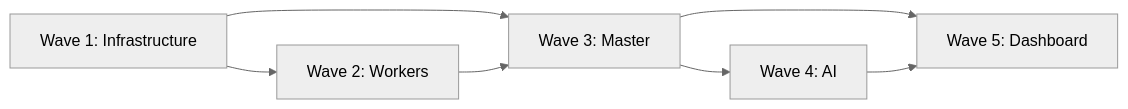
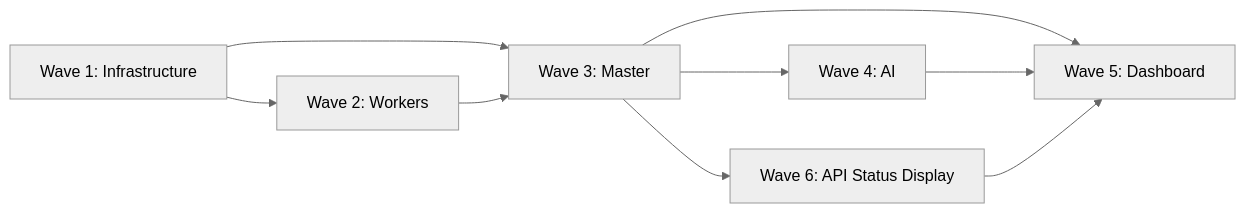
One commit to Vinit1235/ai_load_balancer changed the diagram in ORCHESTRATION_PLAN.md. Above: the diagram before and after it, drawn with Mermaid (neutral theme). The commit also changed other lines of this file and 4 other files, not shown here.

Commit message:
Update Wave 6 API status plan and hotspot worker connectivity

````diff
--- a/ORCHESTRATION_PLAN.md
+++ b/ORCHESTRATION_PLAN.md
@@ -708,9 +835,11 @@
 ```mermaid
 graph LR
     W1[Wave 1: Infrastructure] --> W2[Wave 2: Workers]
     W1 --> W3[Wave 3: Master]
     W2 --> W3
     W3 --> W4[Wave 4: AI]
     W3 --> W5[Wave 5: Dashboard]
+    W3 --> W6[Wave 6: API Status Display]
     W4 --> W5
+    W6 --> W5
 ```
````
